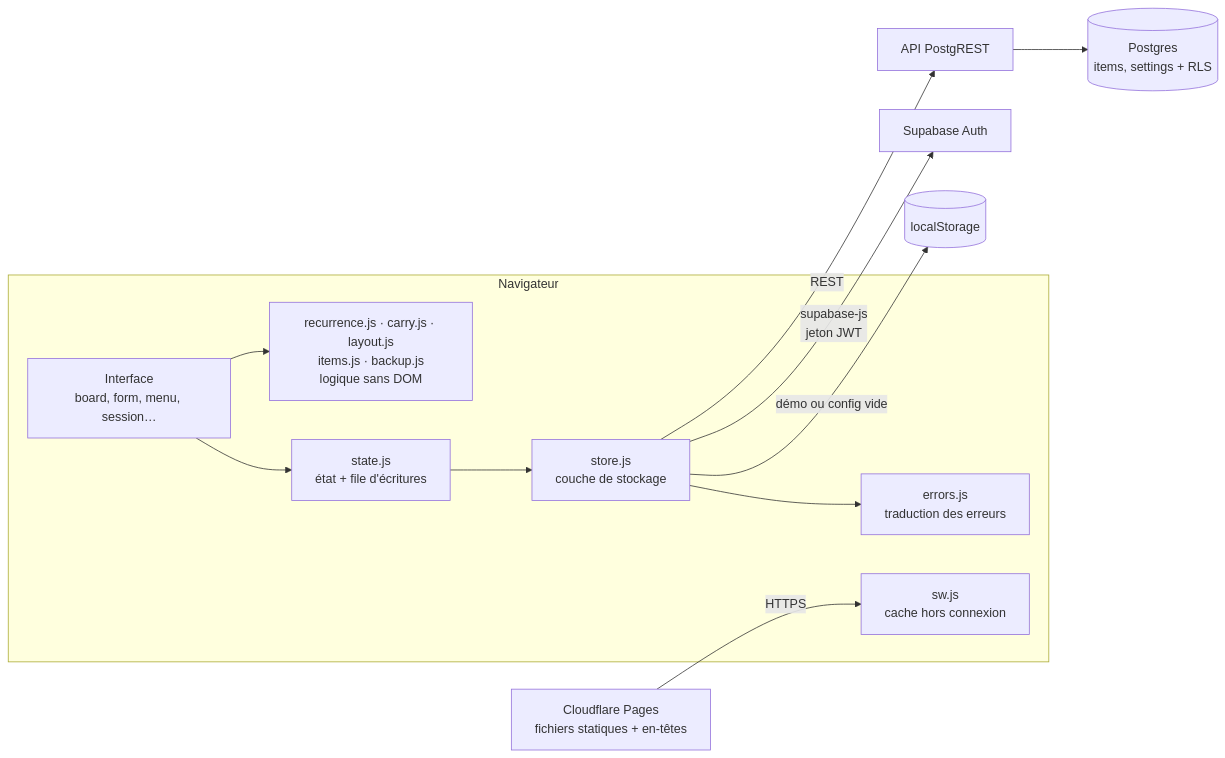
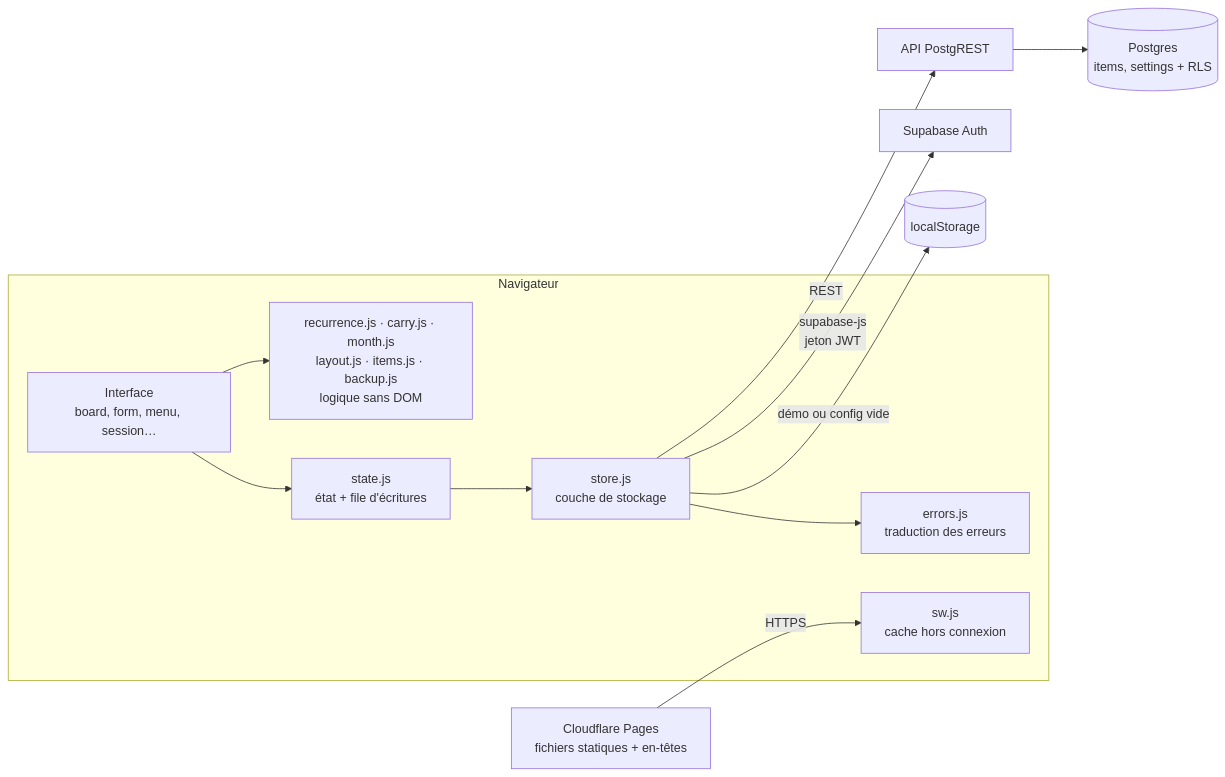
The diagram in README.md (CadGeff/Planning), drawn with Mermaid before and after one commit. The commit also changed other lines of this file and 21 other files, not shown here.

````diff
--- a/README.md
+++ b/README.md
@@ -59,15 +63,15 @@
 ```mermaid
 flowchart LR
     subgraph Navigateur
         UI["Interface<br/>board, form, menu, session…"] --> ST["state.js<br/>état + file d'écritures"]
-        UI --> REC["recurrence.js · carry.js · layout.js<br/>items.js · backup.js<br/>logique sans DOM"]
+        UI --> REC["recurrence.js · carry.js · month.js<br/>layout.js · items.js · backup.js<br/>logique sans DOM"]
         ST --> STO["store.js<br/>couche de stockage"]
         STO --> ERR["errors.js<br/>traduction des erreurs"]
         SW["sw.js<br/>cache hors connexion"]
     end
     CF["Cloudflare Pages<br/>fichiers statiques + en-têtes"] -->|HTTPS| SW
     STO -->|"démo ou config vide"| LS[("localStorage")]
     STO -->|"supabase-js<br/>jeton JWT"| AUTH["Supabase Auth"]
     STO -->|REST| API["API PostgREST"]
     API --> PG[("Postgres<br/>items, settings + RLS")]
 ```
````
